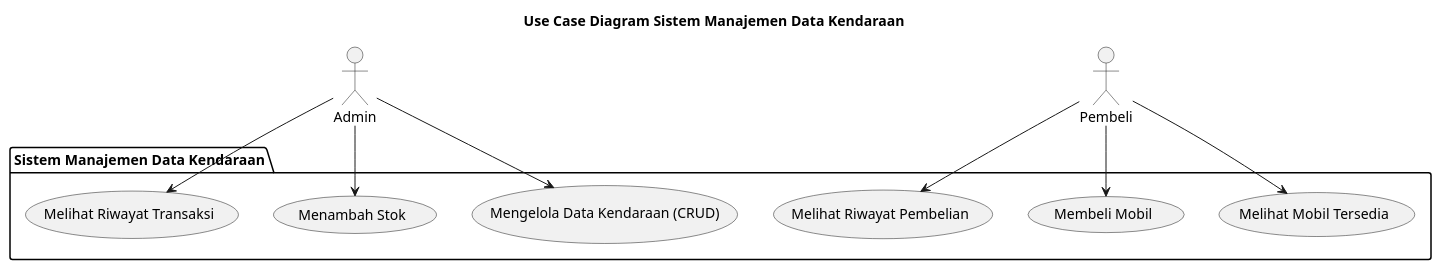
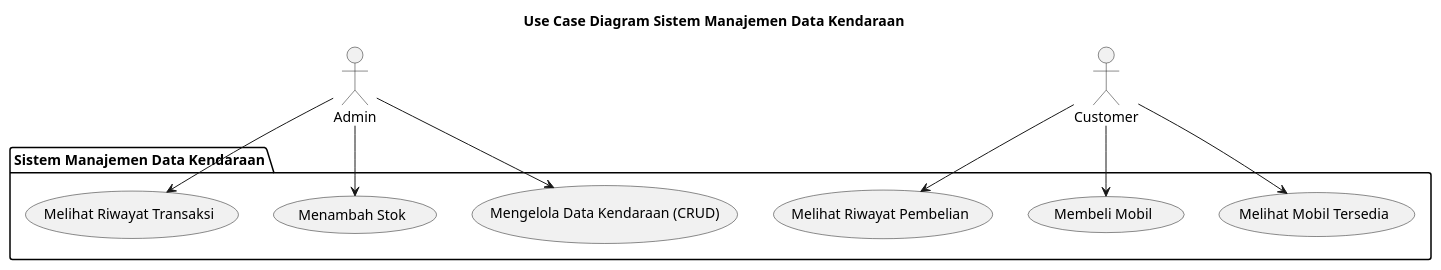
The diagram in UTS/Analisa/Usecase/UC.puml (mrkataktampan/Pemrograman-Web), drawn with PlantUML before and after one commit. The commit also changed 71 other files, not shown here.

```diff
--- a/UTS/Analisa/Usecase/UC.puml
+++ b/UTS/Analisa/Usecase/UC.puml
@@ -1,26 +1,26 @@
 @startuml
 title Use Case Diagram Sistem Manajemen Data Kendaraan
 
 actor Admin
-actor Pembeli
+actor Customer
 
 package "Sistem Manajemen Data Kendaraan" {
   
   usecase "Mengelola Data Kendaraan (CRUD)" as UC1
   usecase "Menambah Stok" as UC2
   usecase "Melihat Riwayat Transaksi" as UC3
 
   usecase "Melihat Mobil Tersedia" as UC4
   usecase "Membeli Mobil" as UC5
   usecase "Melihat Riwayat Pembelian" as UC6
 }
 
 Admin --> UC1
 Admin --> UC2
 Admin --> UC3
 
-Pembeli --> UC4
-Pembeli --> UC5
-Pembeli --> UC6
+Customer --> UC4
+Customer --> UC5
+Customer --> UC6
 
 @enduml
```
